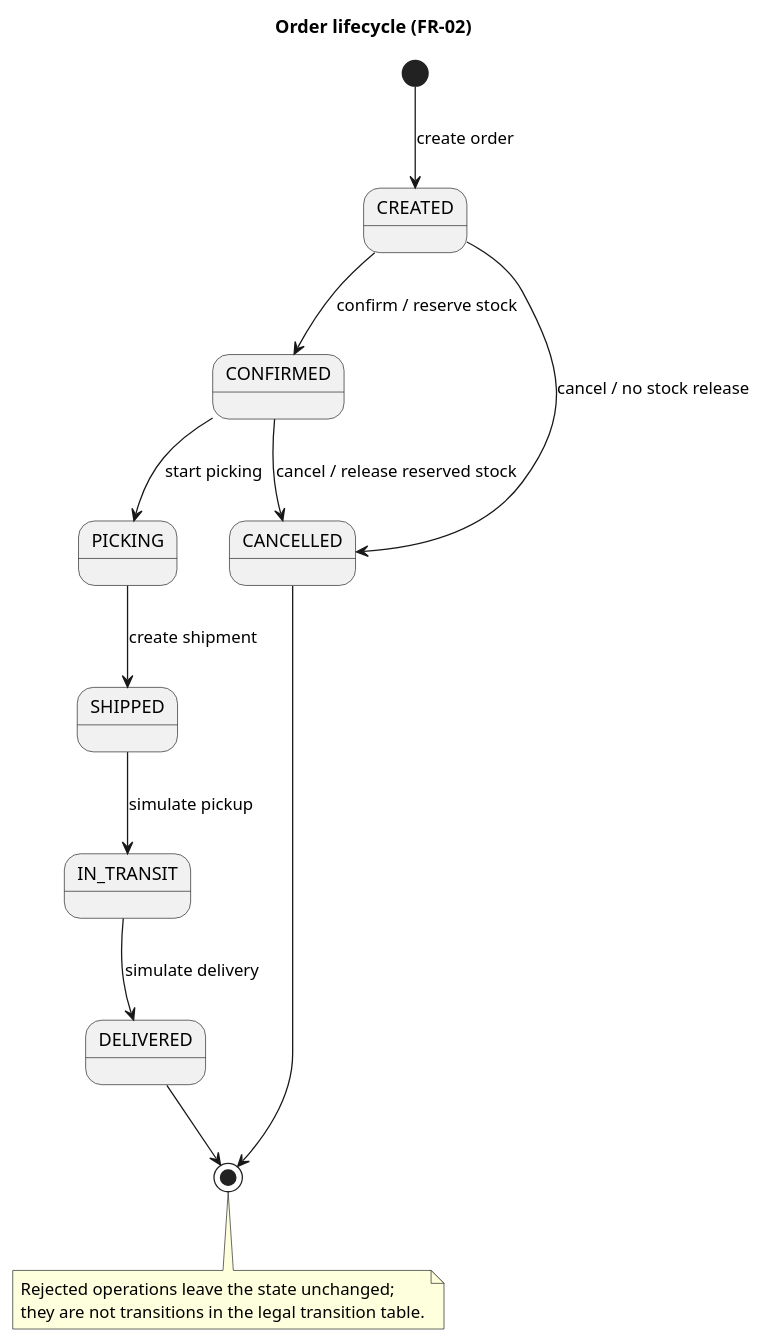
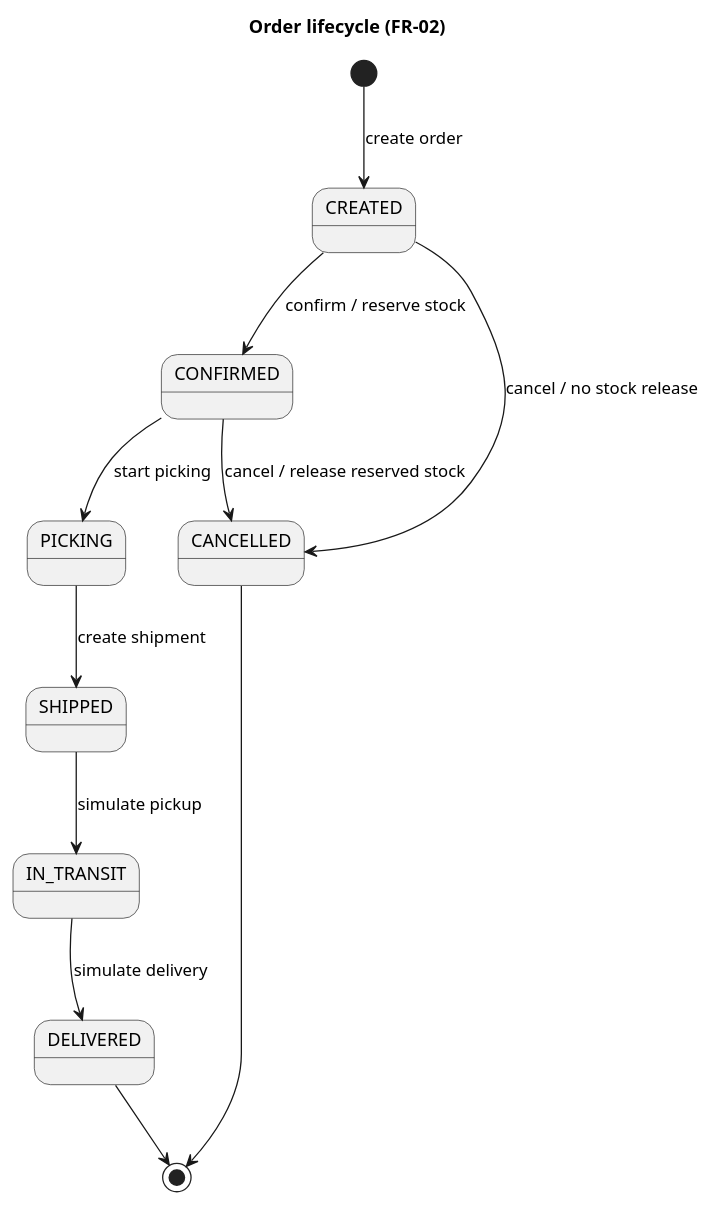
Before and after one commit to Et1enneee/comp3500-logistics: the diagram in logistics-foundation/docs/diagrams/state-machine.puml, drawn with PlantUML. The commit also changed 1 other file, not shown here.

Commit message:
docs: correct state diagram PlantUML syntax

```diff
--- a/logistics-foundation/docs/diagrams/state-machine.puml
+++ b/logistics-foundation/docs/diagrams/state-machine.puml
@@ -1,19 +1,15 @@
 @startuml
 title Order lifecycle (FR-02)
 skinparam backgroundColor #FFFFFF
 skinparam shadowing false
 [*] --> CREATED : create order
 CREATED --> CONFIRMED : confirm / reserve stock
 CREATED --> CANCELLED : cancel / no stock release
 CONFIRMED --> PICKING : start picking
 CONFIRMED --> CANCELLED : cancel / release reserved stock
 PICKING --> SHIPPED : create shipment
 SHIPPED --> IN_TRANSIT : simulate pickup
 IN_TRANSIT --> DELIVERED : simulate delivery
 DELIVERED --> [*]
 CANCELLED --> [*]
-note bottom
-Rejected operations leave the state unchanged;
-they are not transitions in the legal transition table.
-end note
 @enduml
```
